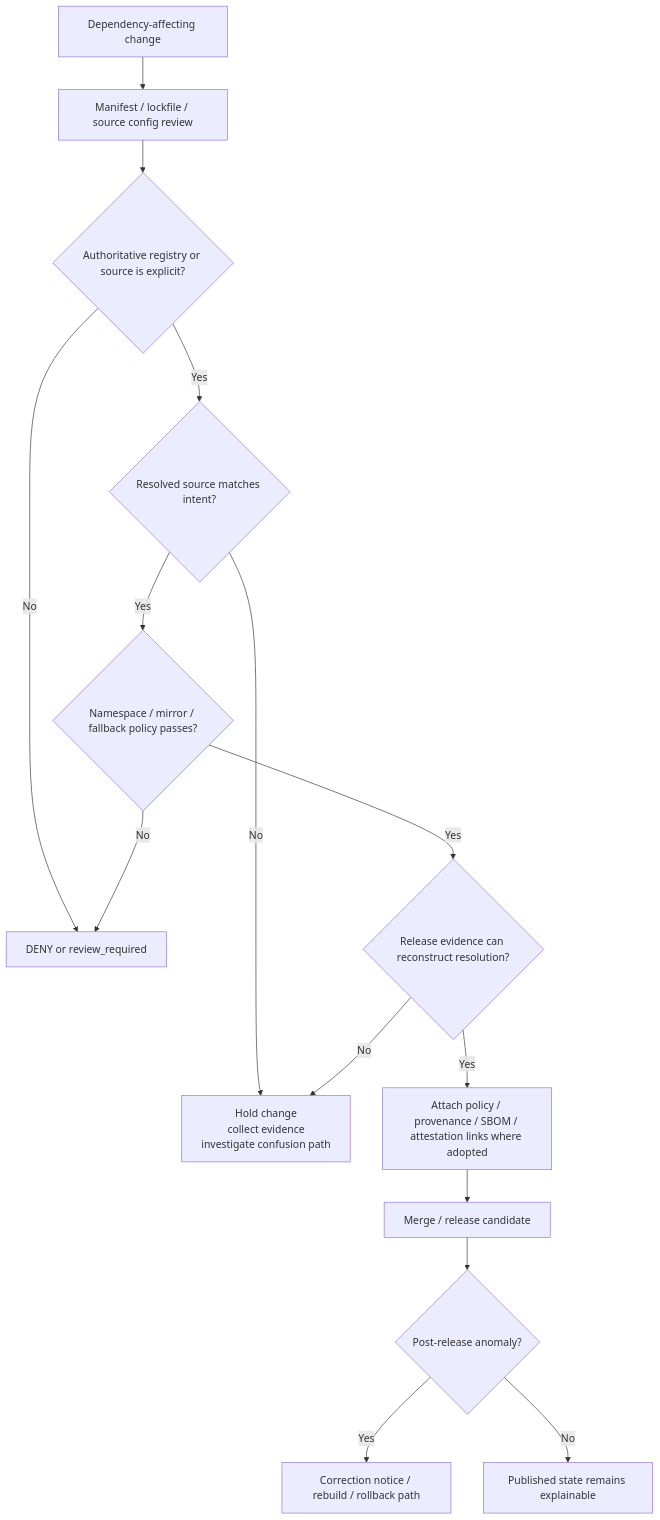
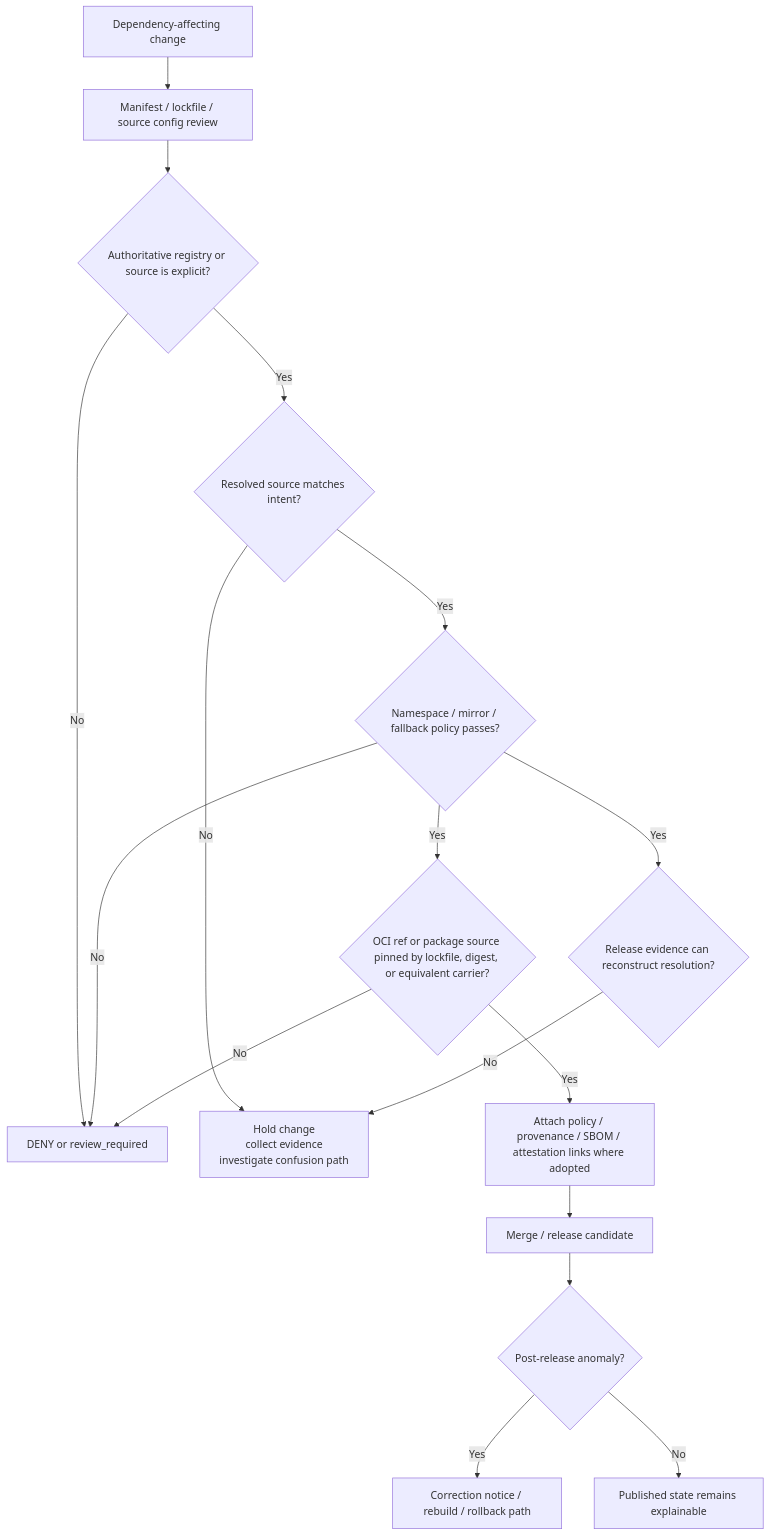
The diagram in docs/security/supply-chain/dependency-confusion/README.md (bartytime4life/Kansas-Frontier-Matrix), drawn with Mermaid before and after one commit. The commit also changed other lines of this file, not shown here.

````diff
--- a/docs/security/supply-chain/dependency-confusion/README.md
+++ b/docs/security/supply-chain/dependency-confusion/README.md
@@ -322,17 +354,19 @@
 ```mermaid
 flowchart TD
     A[Dependency-affecting change] --> B[Manifest / lockfile / source config review]
     B --> C{Authoritative registry or source is explicit?}
     C -- No --> X[DENY or review_required]
     C -- Yes --> D{Resolved source matches intent?}
     D -- No --> Y[Hold change<br/>collect evidence<br/>investigate confusion path]
     D -- Yes --> E{Namespace / mirror / fallback policy passes?}
     E -- No --> X
     E -- Yes --> F{Release evidence can reconstruct resolution?}
     F -- No --> Y
-    F -- Yes --> G[Attach policy / provenance / SBOM / attestation links where adopted]
-    G --> H[Merge / release candidate]
-    H --> I{Post-release anomaly?}
-    I -- Yes --> J[Correction notice / rebuild / rollback path]
-    I -- No --> K[Published state remains explainable]
+    E -- Yes --> G{OCI ref or package source pinned by lockfile, digest, or equivalent carrier?}
+    G -- No --> X
+    G -- Yes --> H[Attach policy / provenance / SBOM / attestation links where adopted]
+    H --> I[Merge / release candidate]
+    I --> J{Post-release anomaly?}
+    J -- Yes --> K[Correction notice / rebuild / rollback path]
+    J -- No --> L[Published state remains explainable]
 ```
````
